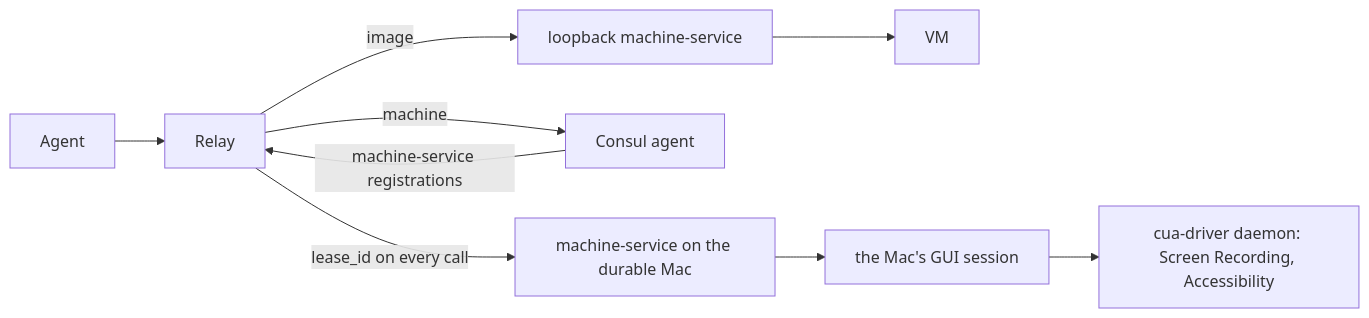
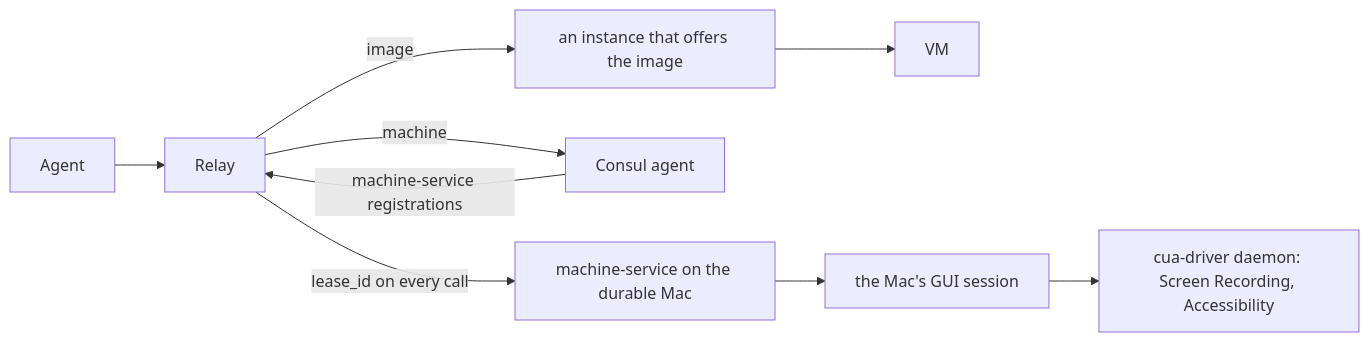
Before and after one commit to WeZZard/mcp-relay: the diagram in docs/durable-machines.md, drawn with Mermaid. The commit also changed other lines of this file and 20 other files, not shown here.

````diff
--- a/docs/durable-machines.md
+++ b/docs/durable-machines.md
@@ -11,9 +11,9 @@
 ```mermaid
 flowchart LR
   A[Agent] --> R[Relay]
-  R -->|image| L[loopback machine-service] --> VM[VM]
+  R -->|image| L[an instance that offers the image] --> VM[VM]
   R -->|machine| C[Consul agent]
   C -->|machine-service registrations| R
   R -->|lease_id on every call| I[machine-service on the durable Mac] --> M[the Mac's GUI session]
   M --> D[cua-driver daemon: Screen Recording, Accessibility]
 ```
````
